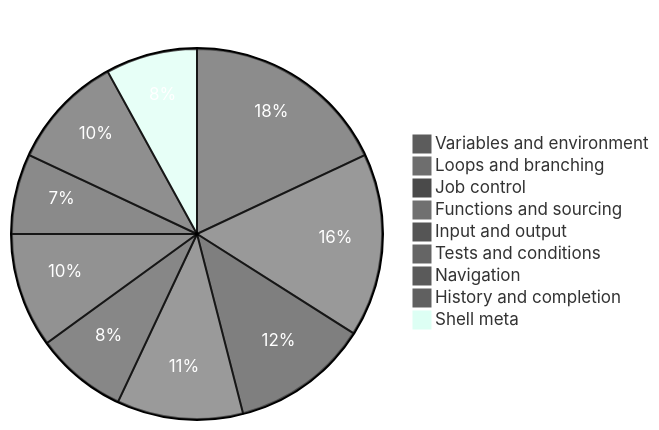
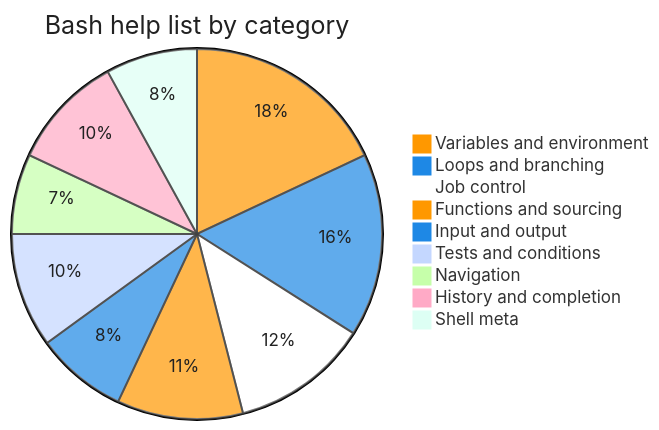
One commit to chaitussm/Linux-Basics changed the second of 2 diagrams in docs/topics/Bash Built-in Commands.md. Above: the diagram before and after it, drawn with Mermaid. The commit also changed other lines of this file and 20 other files, not shown here.

First line of the commit message:
Use orange, blue, and white Mermaid pie chart colors

````diff
--- a/docs/topics/Bash Built-in Commands.md
+++ b/docs/topics/Bash Built-in Commands.md
@@ -153,13 +153,13 @@
 ```mermaid
-%%{init: {'theme': 'base', 'themeVariables': {'pie1': '#5c5c5c', 'pie2': '#6e6e6e', 'pie3': '#4a4a4a', 'pie4': '#707070', 'pie5': '#555555', 'pie6': '#656565', 'pie7': '#5a5a5a', 'pie8': '#606060', 'pieTitleTextColor': '#ffffff', 'pieSectionTextColor': '#ffffff'}}}%%
+%%{init: {'theme': 'base', 'themeVariables': {'pie1': '#FF9800', 'pie2': '#1E88E5', 'pie3': '#FFFFFF', 'pie4': '#FF9800', 'pie5': '#1E88E5', 'pieTitleTextColor': '#212121', 'pieSectionTextColor': '#212121', 'pieStrokeColor': '#424242'}}}%%
 pie title Bash help list by category
     "Variables and environment" : 18
     "Loops and branching" : 16
     "Job control" : 12
     "Functions and sourcing" : 11
     "Input and output" : 8
     "Tests and conditions" : 10
     "Navigation" : 7
     "History and completion" : 10
     "Shell meta" : 8
 ```
````
